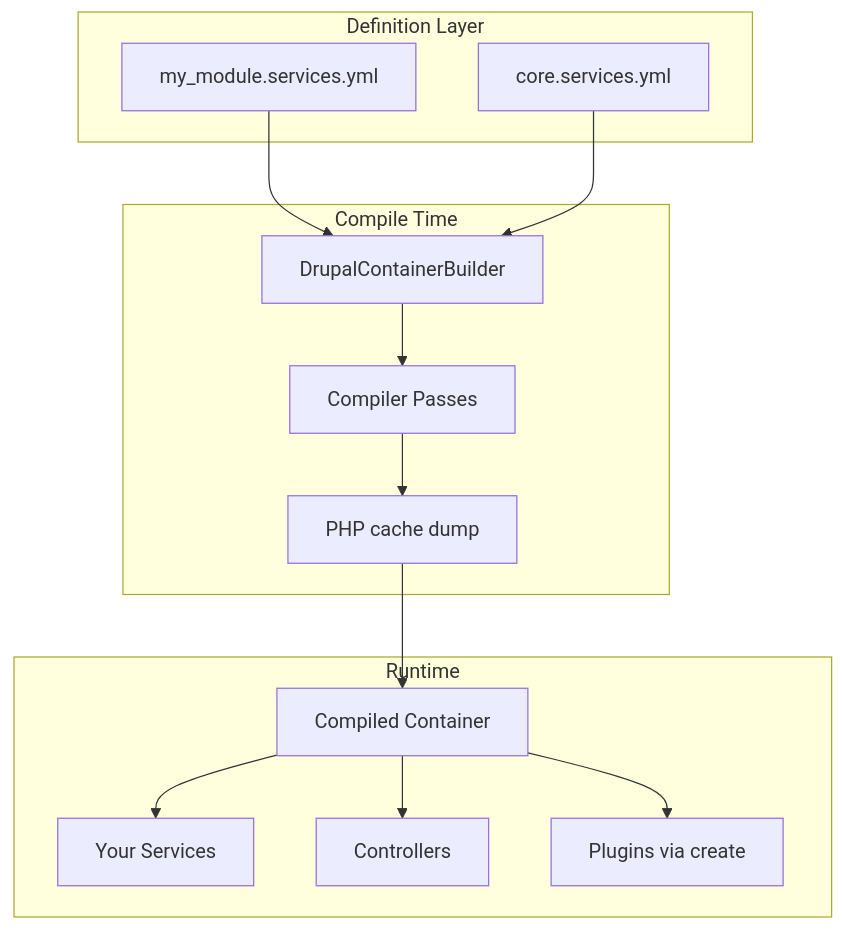
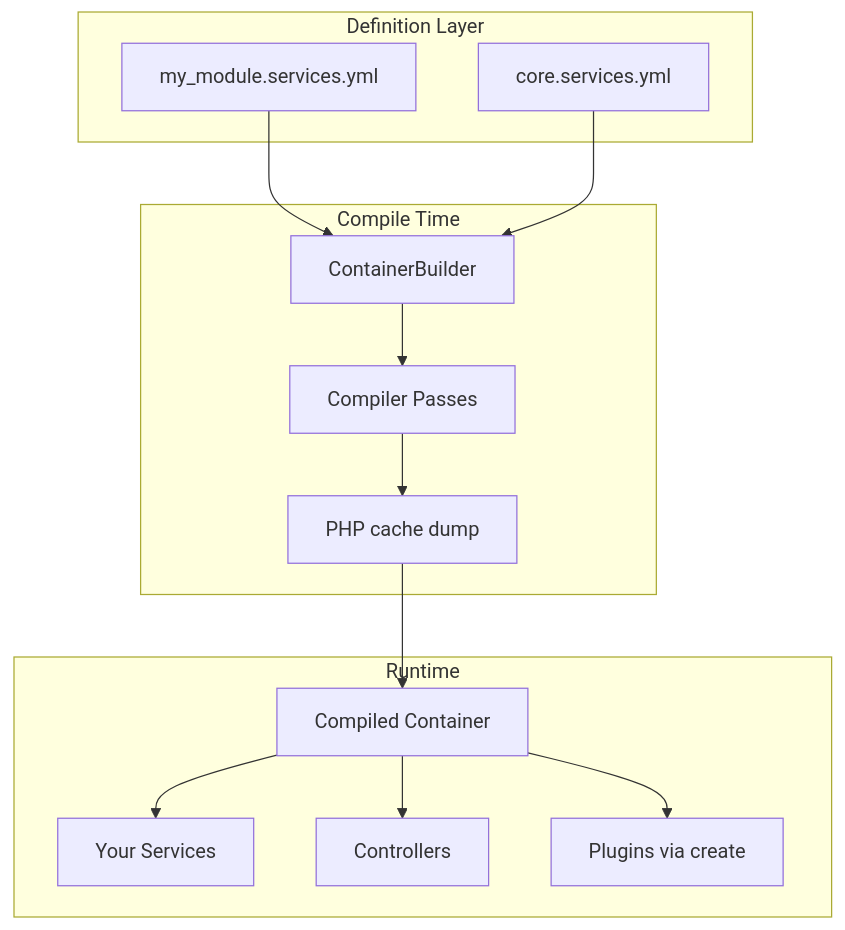
The diagram in docs/dependency-injection/index.md (amitmaity/drupal-docs), drawn with Mermaid before and after one commit. The commit also changed 83 other files, not shown here.

````diff
--- a/docs/dependency-injection/index.md
+++ b/docs/dependency-injection/index.md
@@ -16,27 +16,27 @@
 ```mermaid
 graph TB
     subgraph yaml [Definition Layer]
         SY[my_module.services.yml]
         CY[core.services.yml]
     end
 
     subgraph compile [Compile Time]
-        CB[DrupalContainerBuilder]
+        CB[ContainerBuilder]
         CP[Compiler Passes]
         DUMP[PHP cache dump]
     end
 
     subgraph runtime [Runtime]
         CT[Compiled Container]
         SVC[Your Services]
         CTRL[Controllers]
         PLG[Plugins via create]
     end
 
     SY --> CB
     CY --> CB
     CB --> CP --> DUMP --> CT
     CT --> SVC
     CT --> CTRL
     CT --> PLG
 ```
````
